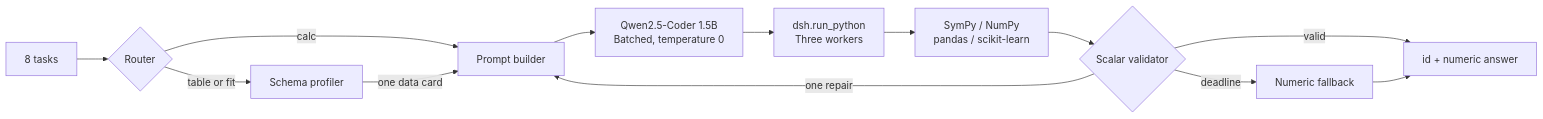
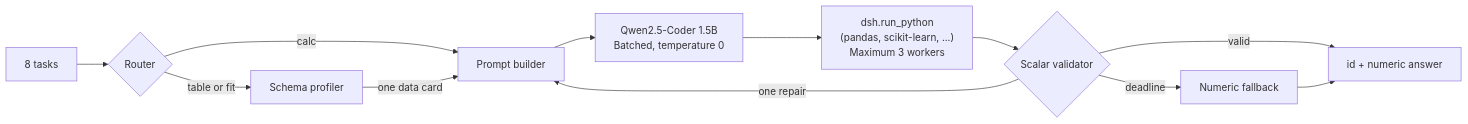
Before and after one commit to luc-polo/frugal-data-science-agent: the diagram in recommended_architecture.md, drawn with Mermaid. The commit also changed 4 other files, not shown here.

````diff
--- a/recommended_architecture.md
+++ b/recommended_architecture.md
@@ -15,15 +15,14 @@
 ```mermaid
 flowchart LR
     T["8 tasks"] --> R{"Router"}
     R -->|calc| P["Prompt builder"]
     R -->|table or fit| I["Schema profiler<br/>"]
     I -->|one data card| P
     P --> L["Qwen2.5-Coder 1.5B<br/>Batched, temperature 0"]
-    L --> X["dsh.run_python<br/>Three workers"]
-    X --> U["SymPy / NumPy<br/>pandas / scikit-learn"]
-    U --> V{"Scalar validator"}
+    L --> X["dsh.run_python<br/>(pandas, scikit-learn, ...)<br/>Maximum 3 workers"]
+    X --> V{"Scalar validator"}
     V -->|valid| O["id + numeric answer"]
     V -->|one repair| P
     V -->|deadline| F["Numeric fallback"]
     F --> O
 ```
````
